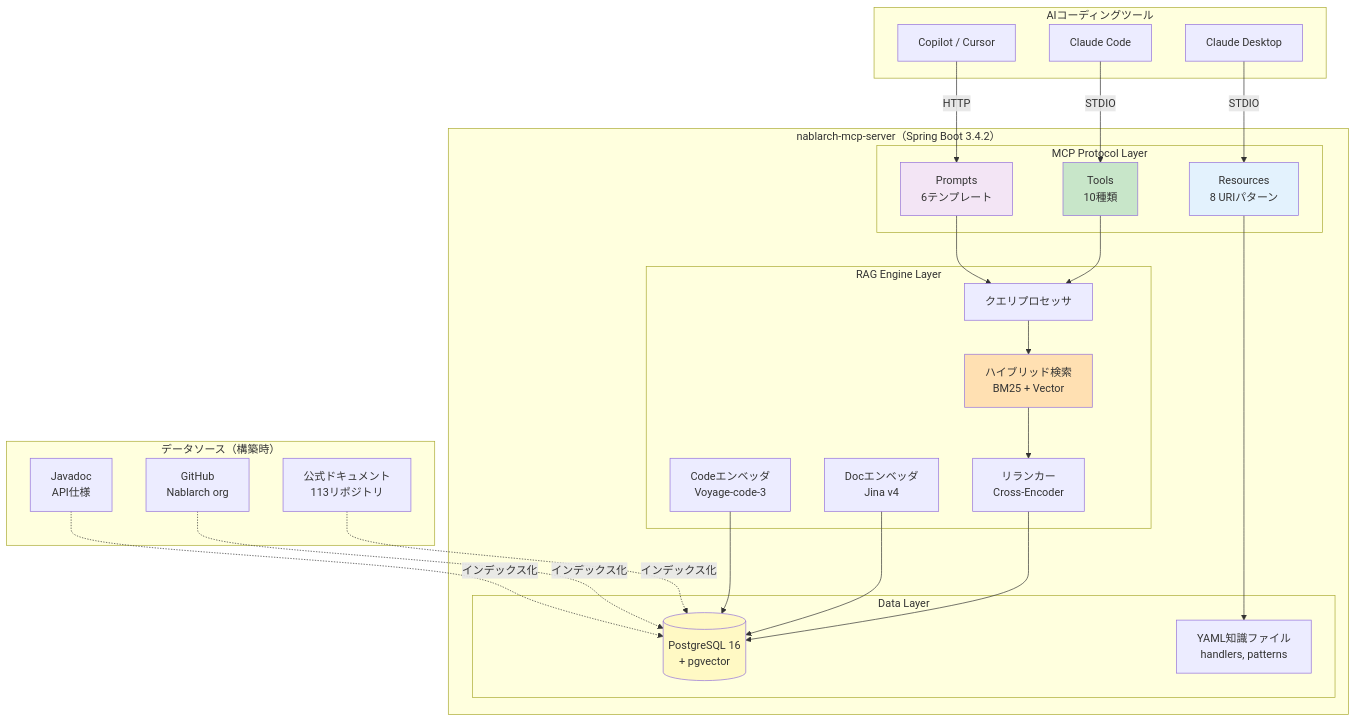
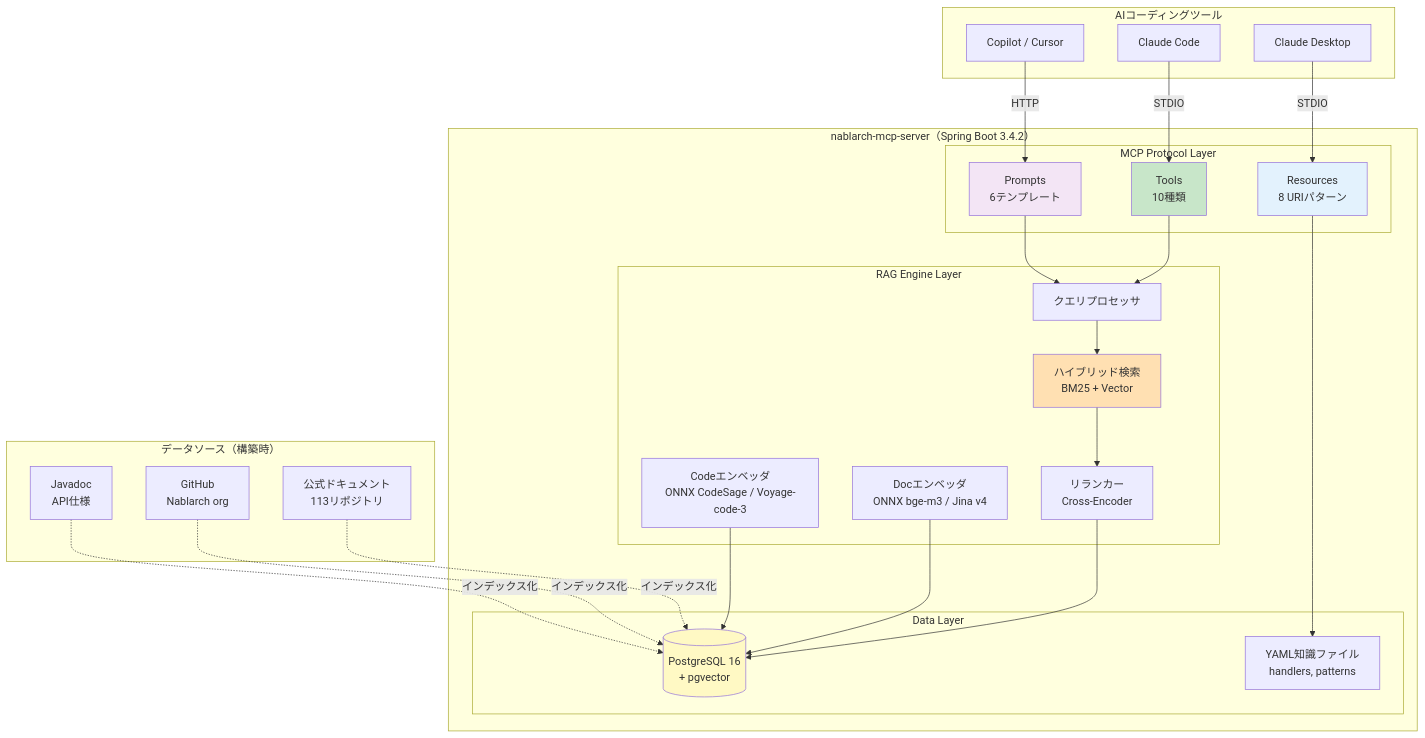
Before and after one commit to kumagoro1202/nablarch-mcp-server: the second of 9 diagrams in docs/articles/05-architecture-overview.md, drawn with Mermaid. The commit also changed other lines of this file and 9 other files, not shown here.

````diff
--- a/docs/articles/05-architecture-overview.md
+++ b/docs/articles/05-architecture-overview.md
@@ -77,60 +77,60 @@
 ```mermaid
 graph TB
     subgraph "AIコーディングツール"
         CC[Claude Code]
         CD[Claude Desktop]
         CP[Copilot / Cursor]
     end
 
     subgraph "nablarch-mcp-server（Spring Boot 3.4.2）"
         subgraph "MCP Protocol Layer"
             T[Tools<br/>10種類]
             R[Resources<br/>8 URIパターン]
             P[Prompts<br/>6テンプレート]
         end
 
         subgraph "RAG Engine Layer"
             QP[クエリプロセッサ]
             HS[ハイブリッド検索<br/>BM25 + Vector]
             RR[リランカー<br/>Cross-Encoder]
-            DE[Docエンベッダ<br/>Jina v4]
-            CE[Codeエンベッダ<br/>Voyage-code-3]
+            DE[Docエンベッダ<br/>ONNX bge-m3 / Jina v4]
+            CE[Codeエンベッダ<br/>ONNX CodeSage / Voyage-code-3]
         end
 
         subgraph "Data Layer"
             VDB[(PostgreSQL 16<br/>+ pgvector)]
             YAML[YAML知識ファイル<br/>handlers, patterns]
         end
     end
 
     subgraph "データソース（構築時）"
         DOC[公式ドキュメント<br/>113リポジトリ]
         GH[GitHub<br/>Nablarch org]
         JD[Javadoc<br/>API仕様]
     end
 
     CC -->|STDIO| T
     CD -->|STDIO| R
     CP -->|HTTP| P
 
     T --> QP
     R --> YAML
     P --> QP
 
     QP --> HS
     HS --> RR
     RR --> VDB
 
     DE --> VDB
     CE --> VDB
 
     DOC -.->|インデックス化| VDB
     GH -.->|インデックス化| VDB
     JD -.->|インデックス化| VDB
 
     style T fill:#c8e6c9
     style R fill:#e3f2fd
     style P fill:#f3e5f5
     style VDB fill:#fff9c4
     style HS fill:#ffe0b2
 ```
````
